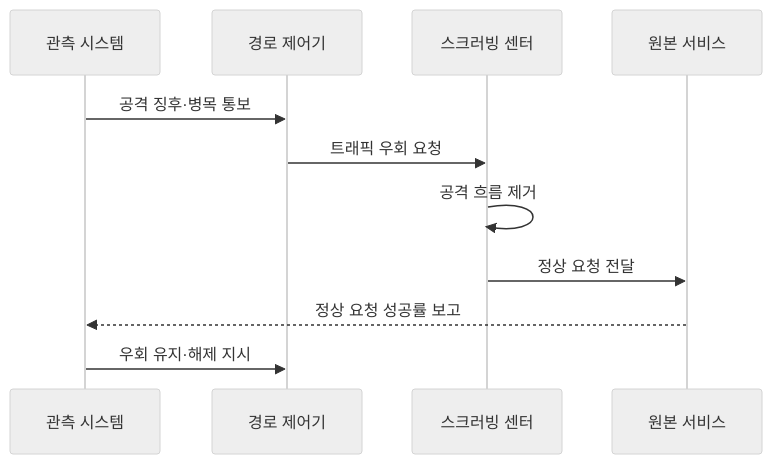
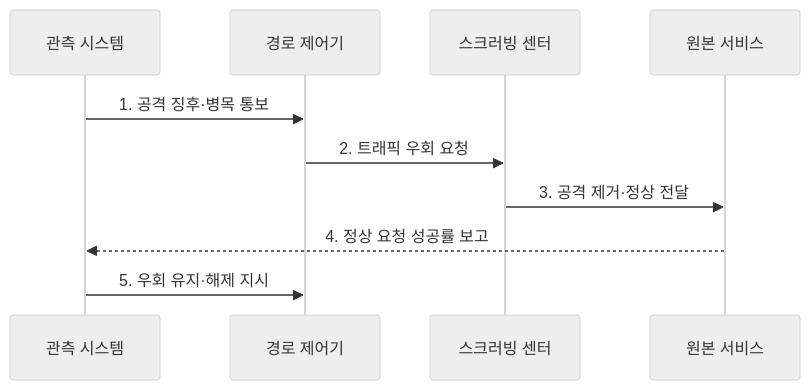
One commit to agnusdei1207/knowledge-base changed the second of 2 diagrams in src/content/docs/notes/05-security/025_ddos_attack.md. Above: the diagram before and after it, drawn with Mermaid (neutral theme). The commit also changed other lines of this file and 11 other files, not shown here.

````diff
--- a/src/content/docs/notes/05-security/025_ddos_attack.md
+++ b/src/content/docs/notes/05-security/025_ddos_attack.md
@@ -85,13 +89,12 @@
 ```mermaid
 sequenceDiagram
     participant M as 관측 시스템
     participant R as 경로 제어기
     participant S as 스크러빙 센터
     participant O as 원본 서비스
-    M->>R: 공격 징후·병목 통보
-    R->>S: 트래픽 우회 요청
-    S->>S: 공격 흐름 제거
-    S->>O: 정상 요청 전달
-    O-->>M: 정상 요청 성공률 보고
-    M->>R: 우회 유지·해제 지시
+    M->>R: 1. 공격 징후·병목 통보
+    R->>S: 2. 트래픽 우회 요청
+    S->>O: 3. 공격 제거·정상 전달
+    O-->>M: 4. 정상 요청 성공률 보고
+    M->>R: 5. 우회 유지·해제 지시
 ```
````
